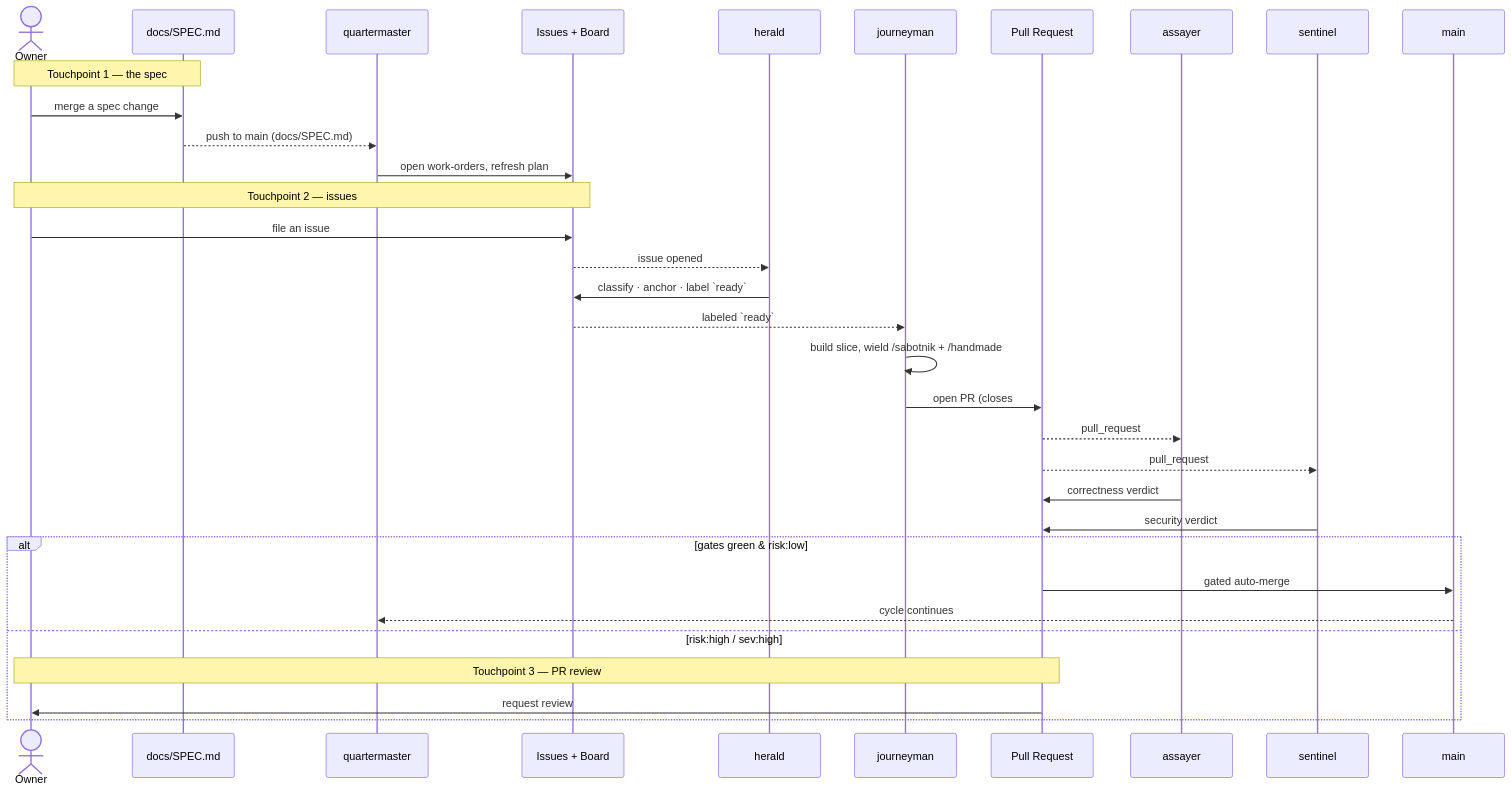
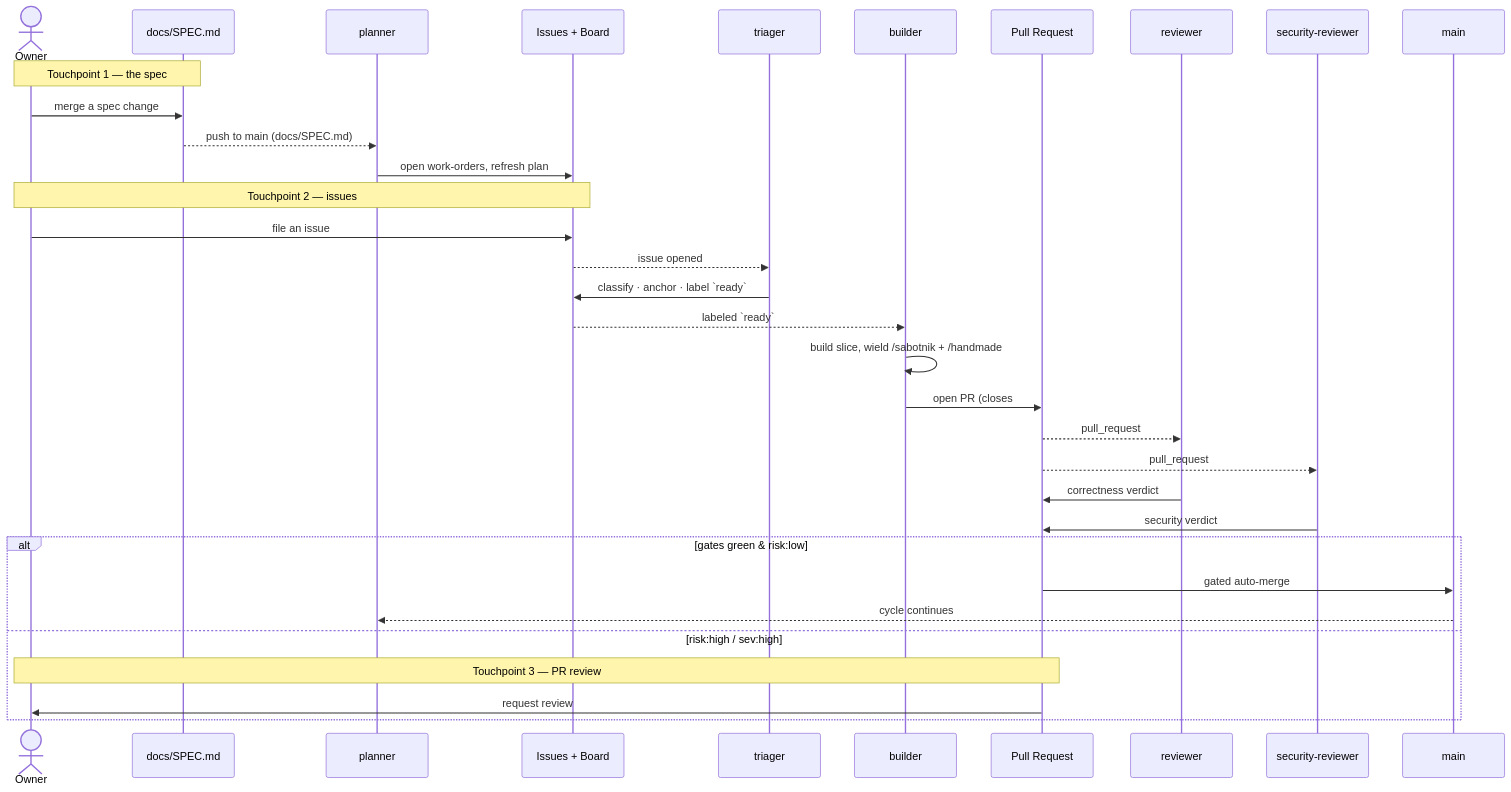
The diagram in docs/plans/AGENTIC-DEVELOPMENT.md (bugabinga/smith), drawn with Mermaid before and after one commit. The commit also changed other lines of this file and 17 other files, not shown here.

````diff
--- a/docs/plans/AGENTIC-DEVELOPMENT.md
+++ b/docs/plans/AGENTIC-DEVELOPMENT.md
@@ -91,39 +114,39 @@
 ```mermaid
 sequenceDiagram
     actor Owner
     participant Spec as docs/SPEC.md
-    participant QM as quartermaster
+    participant Plan as planner
     participant Board as Issues + Board
-    participant Her as herald
-    participant JM as journeyman
+    participant Tri as triager
+    participant Bld as builder
     participant PR as Pull Request
-    participant Asy as assayer
-    participant Sen as sentinel
+    participant Rev as reviewer
+    participant Sec as security-reviewer
     participant Trunk as main
 
     Note over Owner,Spec: Touchpoint 1 — the spec
     Owner->>Spec: merge a spec change
-    Spec-->>QM: push to main (docs/SPEC.md)
-    QM->>Board: open work-orders, refresh plan
+    Spec-->>Plan: push to main (docs/SPEC.md)
+    Plan->>Board: open work-orders, refresh plan
 
     Note over Owner,Board: Touchpoint 2 — issues
     Owner->>Board: file an issue
-    Board-->>Her: issue opened
-    Her->>Board: classify · anchor · label `ready`
+    Board-->>Tri: issue opened
+    Tri->>Board: classify · anchor · label `ready`
 
-    Board-->>JM: labeled `ready`
-    JM->>JM: build slice, wield /sabotnik + /handmade
-    JM->>PR: open PR (closes #N)
-    PR-->>Asy: pull_request
-    PR-->>Sen: pull_request
-    Asy->>PR: correctness verdict
-    Sen->>PR: security verdict
+    Board-->>Bld: labeled `ready`
+    Bld->>Bld: build slice, wield /sabotnik + /handmade
+    Bld->>PR: open PR (closes #N)
+    PR-->>Rev: pull_request
+    PR-->>Sec: pull_request
+    Rev->>PR: correctness verdict
+    Sec->>PR: security verdict
 
     alt gates green & risk:low
         PR->>Trunk: gated auto-merge
-        Trunk-->>QM: cycle continues
+        Trunk-->>Plan: cycle continues
     else risk:high / sev:high
         Note over PR,Owner: Touchpoint 3 — PR review
         PR->>Owner: request review
     end
 ```
````
